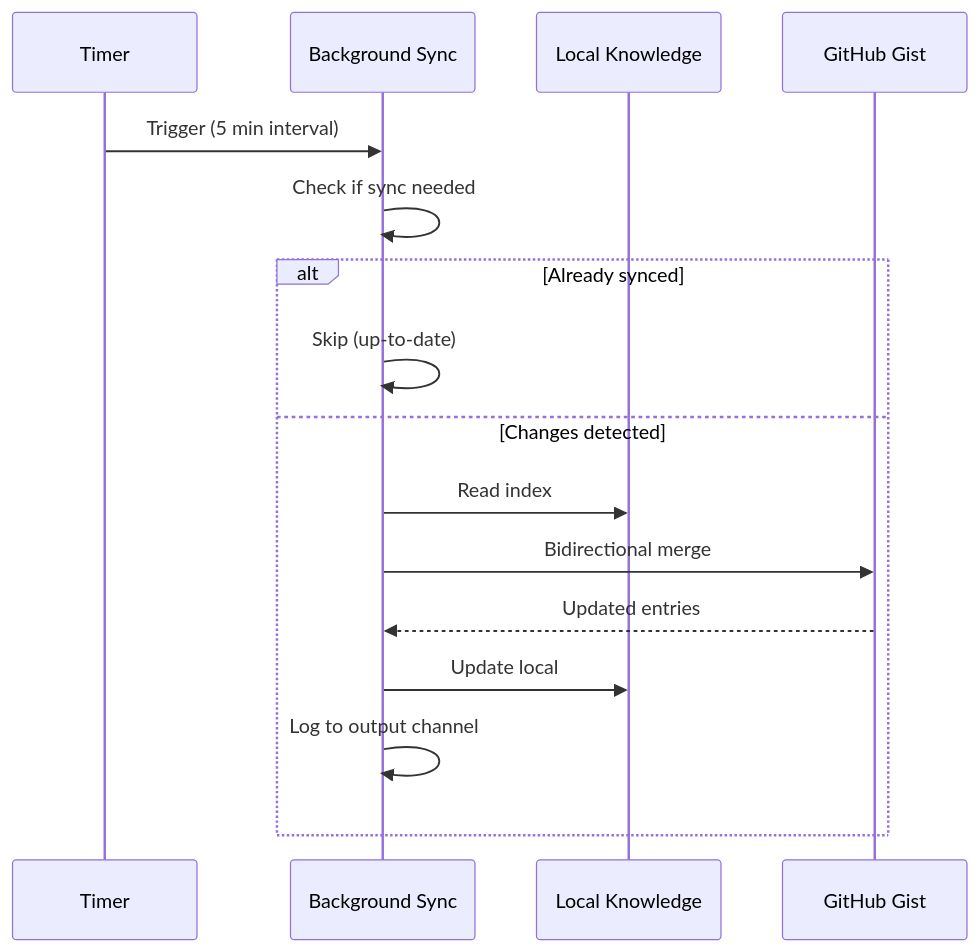
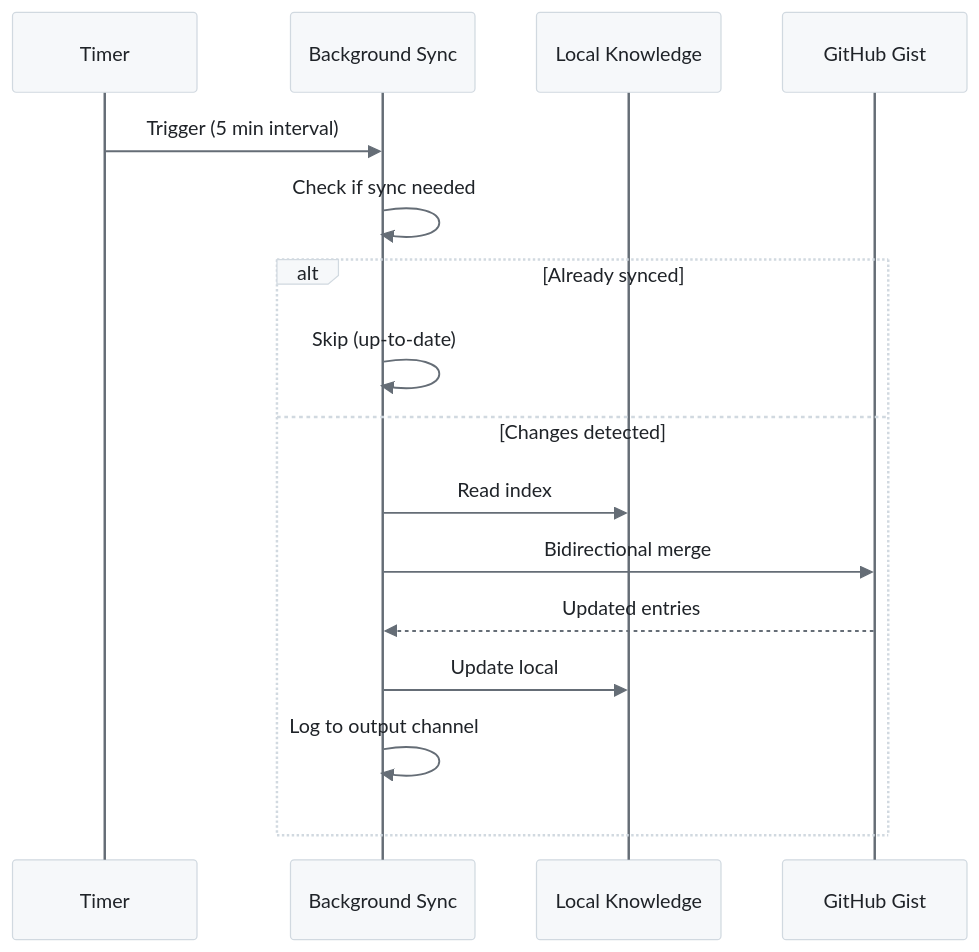
One commit to fabioc-aloha/Alex_Plug_In changed the second of 6 diagrams in alex_docs/UNCONSCIOUS-MIND.md. Above: the diagram before and after it, drawn with Mermaid. The commit also changed other lines of this file and 9 other files, not shown here.

First line of the commit message:
fix: Add Mermaid themes to all alex_docs diagrams

````diff
--- a/alex_docs/UNCONSCIOUS-MIND.md
+++ b/alex_docs/UNCONSCIOUS-MIND.md
@@ -76,20 +77,21 @@
 ```mermaid
+%%{init: {'theme': 'base', 'themeVariables': { 'primaryColor': '#f6f8fa', 'primaryTextColor': '#1f2328', 'primaryBorderColor': '#d1d9e0', 'lineColor': '#656d76', 'secondaryColor': '#f6f8fa', 'tertiaryColor': '#ffffff', 'background': '#ffffff', 'mainBkg': '#f6f8fa', 'nodeBorder': '#d1d9e0', 'actorBkg': '#f6f8fa', 'actorBorder': '#d1d9e0', 'actorTextColor': '#1f2328', 'actorLineColor': '#656d76', 'signalColor': '#656d76', 'signalTextColor': '#1f2328'}}}%%
 sequenceDiagram
     participant Timer
     participant Sync as Background Sync
     participant Local as Local Knowledge
     participant Cloud as GitHub Gist
 
     Timer->>Sync: Trigger (5 min interval)
     Sync->>Sync: Check if sync needed
 
     alt Already synced
         Sync->>Sync: Skip (up-to-date)
     else Changes detected
         Sync->>Local: Read index
         Sync->>Cloud: Bidirectional merge
         Cloud-->>Sync: Updated entries
         Sync->>Local: Update local
         Sync->>Sync: Log to output channel
     end
 ```
````
